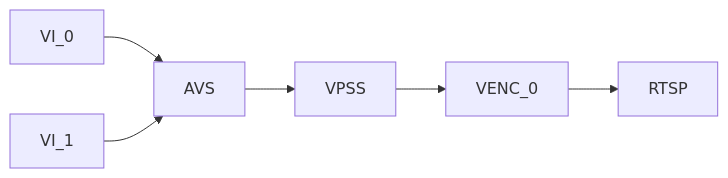
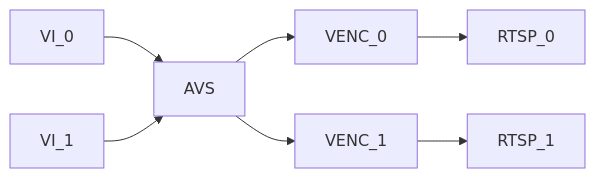
One commit to CHENXiNNNX/Smart_Glasses_SDK changed the fifth of 14 diagrams in rv1106-sdk/project/app/rkipc/rkipc/docs/Rockchip_Developer_Guide_Linux_RKIPC_CN.md. Above: the diagram before and after it, drawn with Mermaid. The commit also changed other lines of this file and 21123 other files, not shown here.

````diff
--- a/rv1106-sdk/project/app/rkipc/rkipc/docs/Rockchip_Developer_Guide_Linux_RKIPC_CN.md
+++ b/rv1106-sdk/project/app/rkipc/rkipc/docs/Rockchip_Developer_Guide_Linux_RKIPC_CN.md
@@ -171,6 +180,6 @@
 ```mermaid
 graph LR
 	VI_0-->AVS
-	VI_1-->AVS-->VPSS-->VENC_0-->RTSP
-
+	VI_1-->AVS-->VENC_0-->RTSP_0
+	AVS-->VENC_1-->RTSP_1
 ```
````
